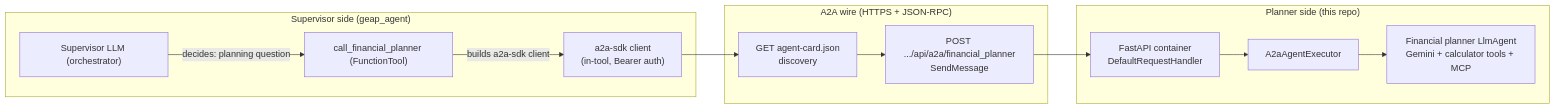
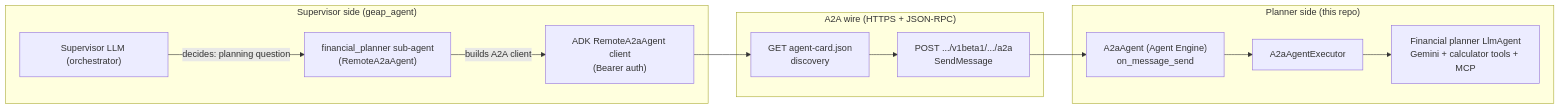
The first of 3 diagrams in docs/A2A_GUIDE_FOR_BEGINNERS.md (akashh94/akapal-geap-financial-planner), drawn with Mermaid before and after one commit. The commit also changed other lines of this file and 11 other files, not shown here.

First line of the commit message:
Migrate financial planner to Cloud Run (Model A) and fix planner behavior

````diff
--- a/docs/A2A_GUIDE_FOR_BEGINNERS.md
+++ b/docs/A2A_GUIDE_FOR_BEGINNERS.md
@@ -31,25 +31,25 @@
 ```mermaid
 flowchart LR
     subgraph ClientSide["Supervisor side (geap_agent)"]
         LLM["Supervisor LLM (orchestrator)"]
-        Tool["call_financial_planner (FunctionTool)"]
-        Cli["a2a-sdk client<br/>(in-tool, Bearer auth)"]
+        Sub["financial_planner sub-agent<br/>(RemoteA2aAgent)"]
+        Cli["ADK RemoteA2aAgent client<br/>(Bearer auth)"]
     end
     subgraph Wire["A2A wire (HTTPS + JSON-RPC)"]
         Card["GET agent-card.json<br/>discovery"]
-        RPC["POST .../api/a2a/financial_planner<br/>SendMessage"]
+        RPC["POST .../v1beta1/.../a2a<br/>SendMessage"]
     end
     subgraph ServerSide["Planner side (this repo)"]
-        FastAPI["FastAPI container<br/>DefaultRequestHandler"]
+        A2a["A2aAgent (Agent Engine)<br/>on_message_send"]
         Exec["A2aAgentExecutor"]
         PlannerAgent["Financial planner LlmAgent<br/>Gemini + calculator tools + MCP"]
     end
 
-    LLM -->|"decides: planning question"| Tool
-    Tool -->|"builds a2a-sdk client"| Cli
+    LLM -->|"decides: planning question"| Sub
+    Sub -->|"builds A2A client"| Cli
     Cli --> Card
     Card --> RPC
-    RPC --> FastAPI
-    FastAPI --> Exec
+    RPC --> A2a
+    A2a --> Exec
     Exec --> PlannerAgent
 ```
````
